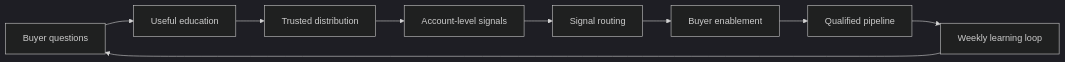
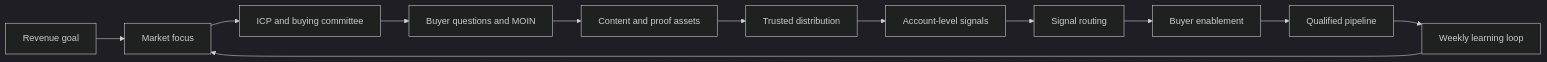
The diagram in modules/module-01-industrial-demand-generation/lessons/01-industrial-demand-generation-foundations.md (VK-VYNX/private-academy-industrial-gtm), drawn with Mermaid (dark theme) before and after one commit. The commit also changed other lines of this file and 18 other files, not shown here.

````diff
--- a/modules/module-01-industrial-demand-generation/lessons/01-industrial-demand-generation-foundations.md
+++ b/modules/module-01-industrial-demand-generation/lessons/01-industrial-demand-generation-foundations.md
@@ -9,11 +47,14 @@
 ```mermaid
 flowchart LR
-    A["Buyer questions"] --> B["Useful education"]
-    B --> C["Trusted distribution"]
-    C --> D["Account-level signals"]
-    D --> E["Signal routing"]
-    E --> F["Buyer enablement"]
-    F --> G["Qualified pipeline"]
-    G --> H["Weekly learning loop"]
-    H --> A
+    A["Revenue goal"] --> B["Market focus"]
+    B --> C["ICP and buying committee"]
+    C --> D["Buyer questions and MOIN"]
+    D --> E["Content and proof assets"]
+    E --> F["Trusted distribution"]
+    F --> G["Account-level signals"]
+    G --> H["Signal routing"]
+    H --> I["Buyer enablement"]
+    I --> J["Qualified pipeline"]
+    J --> K["Weekly learning loop"]
+    K --> B
 ```
````
